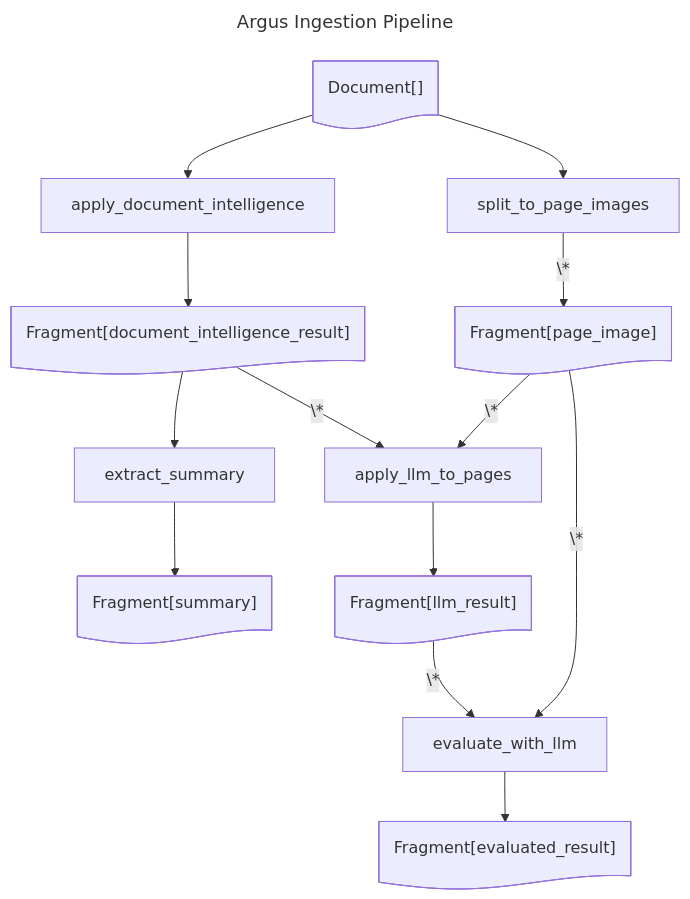
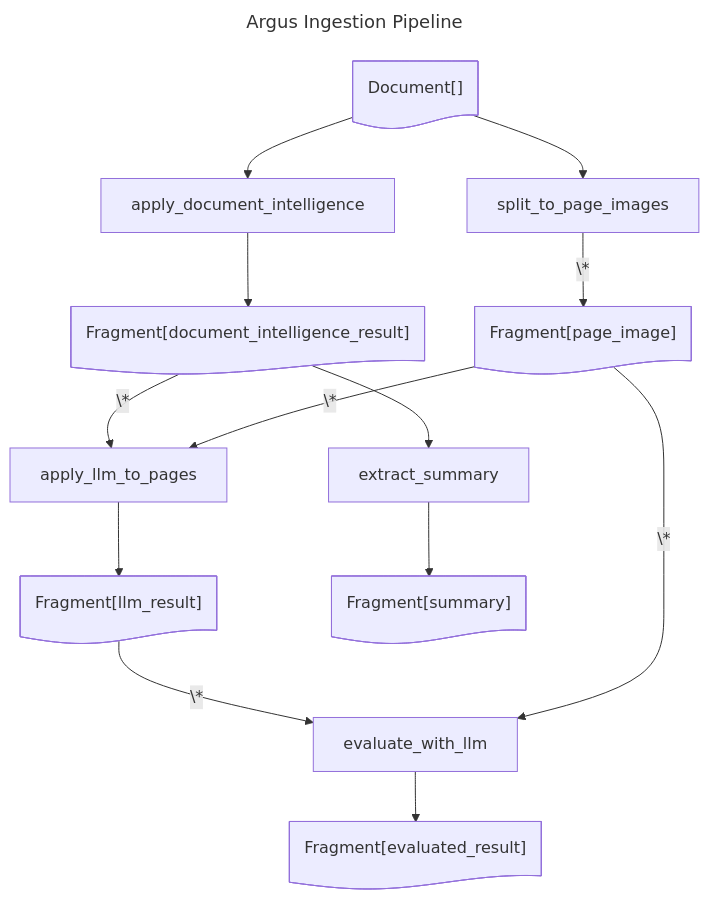
Before and after one commit to Azure-Samples/az-ai-catalyst: the diagram in examples/argus.md, drawn with Mermaid. The commit also changed other lines of this file and 7 other files, not shown here.

````diff
--- a/examples/argus.md
+++ b/examples/argus.md
@@ -1,29 +1,29 @@
 ```mermaid
 ---
 title: Argus Ingestion Pipeline
 ---
 flowchart TD
-    Fragment_summary@{ shape: doc, label: "Fragment[summary]" }
-    Fragment_document_intelligence_result@{ shape: doc, label: "Fragment[document_intelligence_result]" }
-    apply_llm_to_pages@{ shape: rect, label: "apply_llm_to_pages" }
-    split_to_page_images@{ shape: rect, label: "split_to_page_images" }
-    extract_summary@{ shape: rect, label: "extract_summary" }
+    evaluate_with_llm@{ shape: rect, label: "evaluate_with_llm" }
+    Fragment_llm_result@{ shape: doc, label: "Fragment[llm_result]" }
     apply_document_intelligence@{ shape: rect, label: "apply_document_intelligence" }
     Fragment_evaluated_result@{ shape: doc, label: "Fragment[evaluated_result]" }
-    evaluate_with_llm@{ shape: rect, label: "evaluate_with_llm" }
     Fragment_page_image@{ shape: doc, label: "Fragment[page_image]" }
+    apply_llm_to_pages@{ shape: rect, label: "apply_llm_to_pages" }
+    Fragment_summary@{ shape: doc, label: "Fragment[summary]" }
+    extract_summary@{ shape: rect, label: "extract_summary" }
+    Fragment_document_intelligence_result@{ shape: doc, label: "Fragment[document_intelligence_result]" }
     Document_@{ shape: doc, label: "Document[]" }
-    Fragment_llm_result@{ shape: doc, label: "Fragment[llm_result]" }
+    split_to_page_images@{ shape: rect, label: "split_to_page_images" }
     Document_ --> apply_document_intelligence
     apply_document_intelligence --> Fragment_document_intelligence_result
     Document_ --> split_to_page_images
     split_to_page_images -- \* --> Fragment_page_image
     Fragment_document_intelligence_result -- \* --> apply_llm_to_pages
     Fragment_page_image -- \* --> apply_llm_to_pages
     apply_llm_to_pages --> Fragment_llm_result
     Fragment_document_intelligence_result --> extract_summary
     extract_summary --> Fragment_summary
     Fragment_llm_result -- \* --> evaluate_with_llm
     Fragment_page_image -- \* --> evaluate_with_llm
     evaluate_with_llm --> Fragment_evaluated_result
 ```
````
